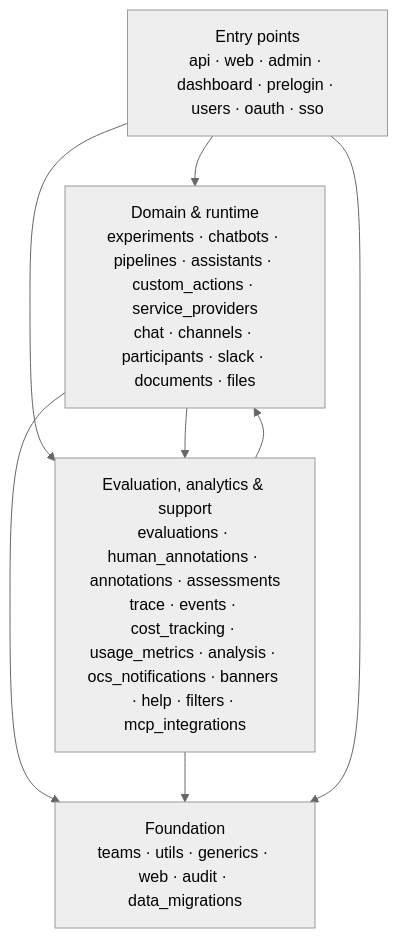
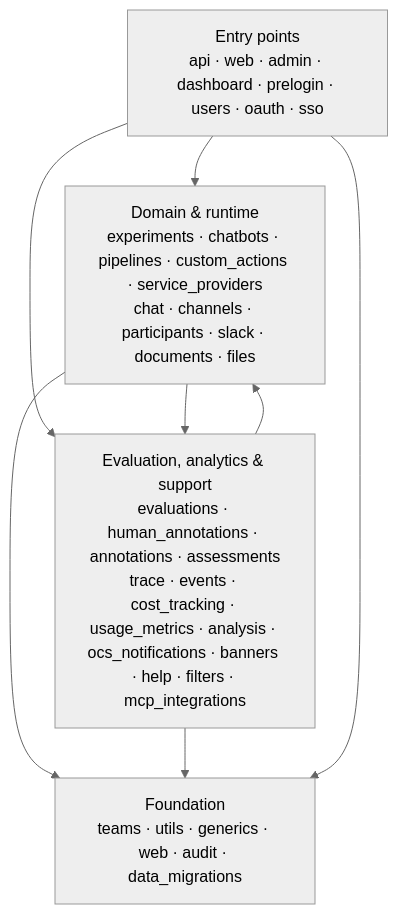
The diagram in docs/architecture/package-map.md (dimagi/open-chat-studio), drawn with Mermaid (neutral theme) before and after one commit. The commit also changed other lines of this file, not shown here.

Commit message:
docs: record the assistants app as migrations-only

````diff
--- a/docs/architecture/package-map.md
+++ b/docs/architecture/package-map.md
@@ -23,15 +23,15 @@
 ```mermaid
 flowchart TD
     EP["Entry points<br/>api · web · admin · dashboard · prelogin · users · oauth · sso"]
-    DOM["Domain & runtime<br/>experiments · chatbots · pipelines · assistants · custom_actions · service_providers<br/>chat · channels · participants · slack · documents · files"]
+    DOM["Domain & runtime<br/>experiments · chatbots · pipelines · custom_actions · service_providers<br/>chat · channels · participants · slack · documents · files"]
     FEAT["Evaluation, analytics & support<br/>evaluations · human_annotations · annotations · assessments<br/>trace · events · cost_tracking · usage_metrics · analysis · ocs_notifications · banners · help · filters · mcp_integrations"]
     FND["Foundation<br/>teams · utils · generics · web · audit · data_migrations"]
 
     EP --> DOM
     EP --> FEAT
     DOM --> FEAT
     FEAT --> DOM
     DOM --> FND
     FEAT --> FND
     EP --> FND
 ```
````
